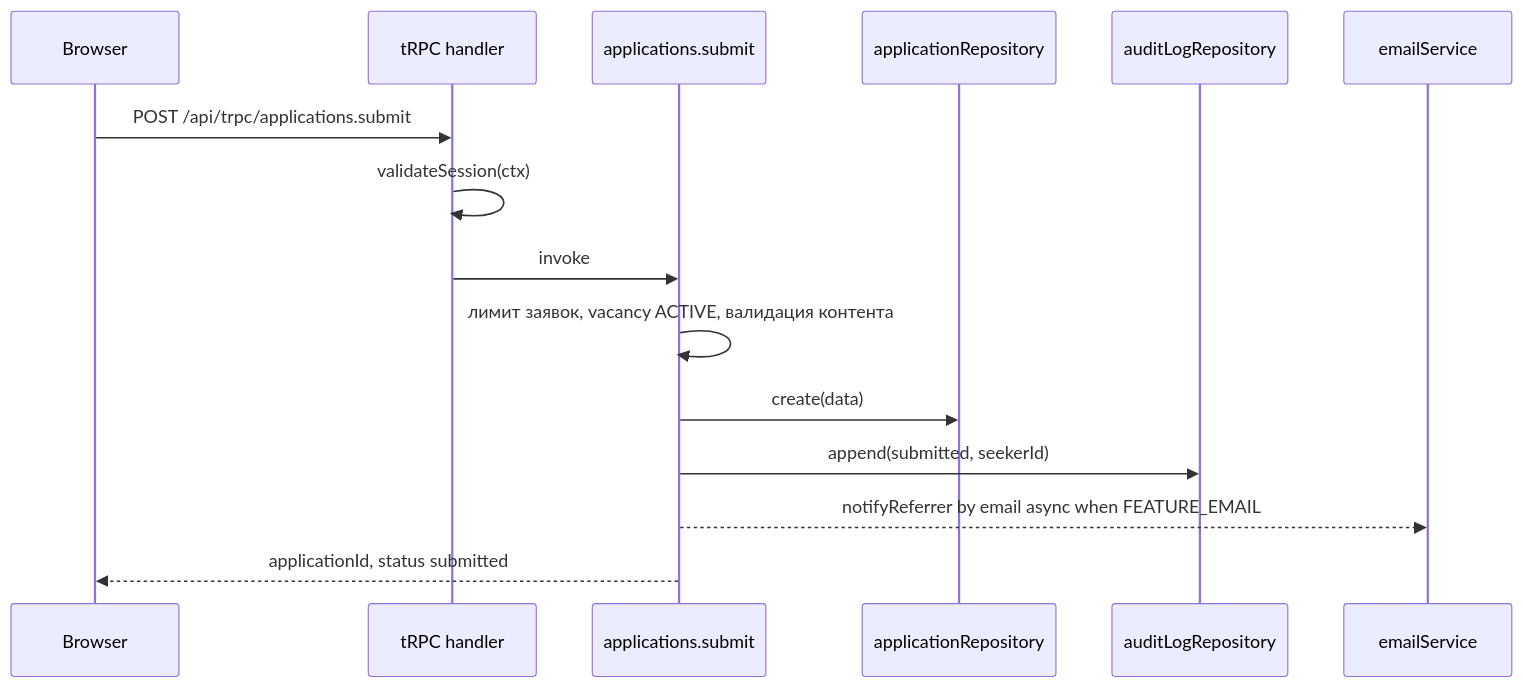
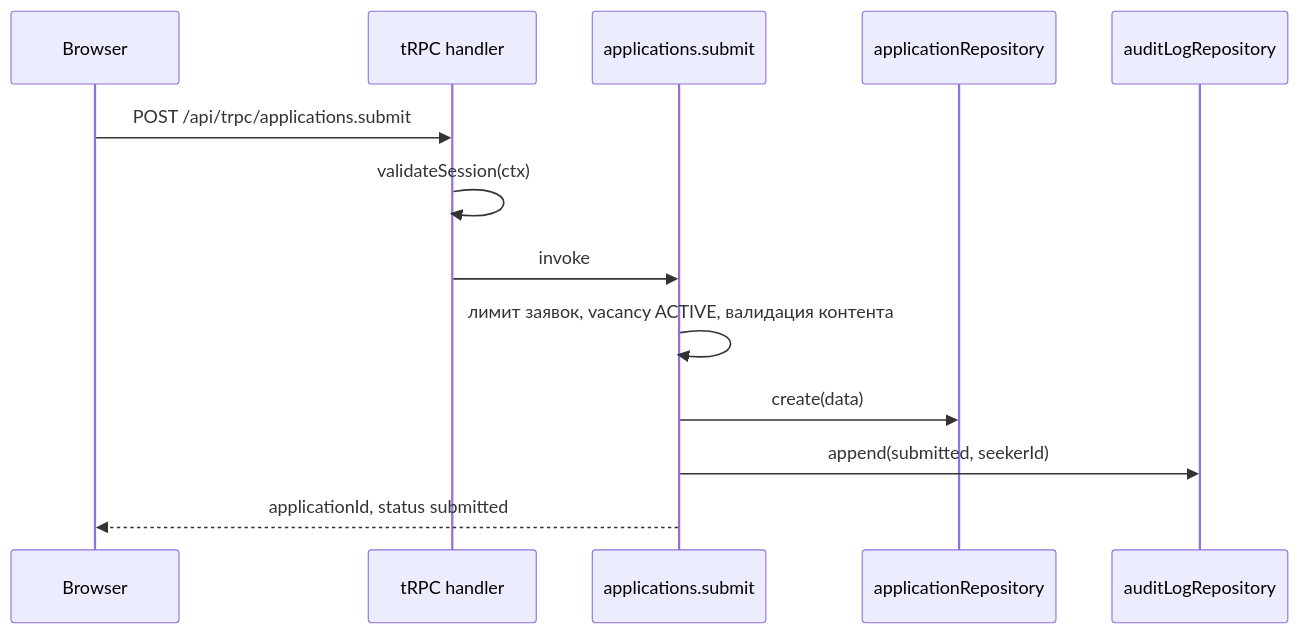
Before and after one commit to Ernest0-Production/Referi: the second of 4 diagrams in spec/spec-architecture-referi-system.md, drawn with Mermaid. The commit also changed other lines of this file and 15 other files, not shown here.

````diff
--- a/spec/spec-architecture-referi-system.md
+++ b/spec/spec-architecture-referi-system.md
@@ -178,17 +177,15 @@
 ```mermaid
 sequenceDiagram
   participant B as Browser
   participant H as tRPC handler
   participant R as applications.submit
   participant AR as applicationRepository
   participant AL as auditLogRepository
-  participant E as emailService
   B->>H: POST /api/trpc/applications.submit
   H->>H: validateSession(ctx)
   H->>R: invoke
   R->>R: лимит заявок, vacancy ACTIVE, валидация контента
   R->>AR: create(data)
   R->>AL: append(submitted, seekerId)
-  R-->>E: notifyReferrer by email async when FEATURE_EMAIL
   R-->>B: applicationId, status submitted
 ```
````
